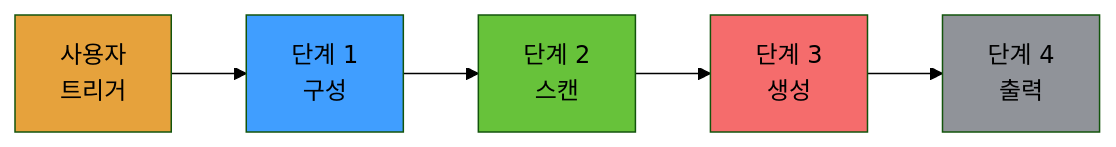
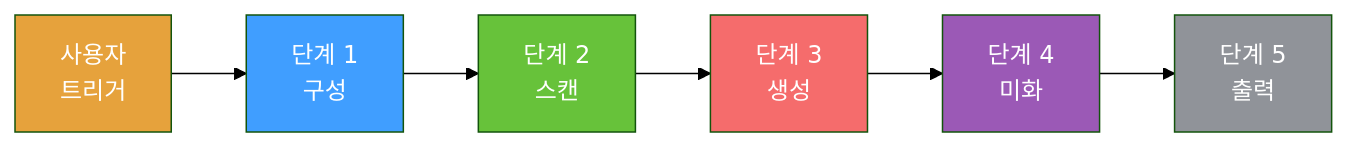
Before and after one commit to KieranGao/general-readme-skill: the first of 7 diagrams in README-ko.md, drawn with Mermaid (forest theme). The commit also changed other lines of this file and 5 other files, not shown here.

````diff
--- a/README-ko.md
+++ b/README-ko.md
@@ -38,12 +38,14 @@
 ```mermaid
 graph LR
     A[사용자<br/>트리거] --> B[단계 1<br/>구성]
     B --> C[단계 2<br/>스캔]
     C --> D[단계 3<br/>생성]
-    D --> E[단계 4<br/>출력]
-    style A fill:#E6A23C
-    style B fill:#409EFF
-    style C fill:#67C23A
-    style D fill:#F56C6C
-    style E fill:#909399
+    D --> E[단계 4<br/>미화]
+    E --> F[단계 5<br/>출력]
+    style A fill:#E6A23C,color:#fff
+    style B fill:#409EFF,color:#fff
+    style C fill:#67C23A,color:#fff
+    style D fill:#F56C6C,color:#fff
+    style E fill:#9B59B6,color:#fff
+    style F fill:#909399,color:#fff
 ```
````
